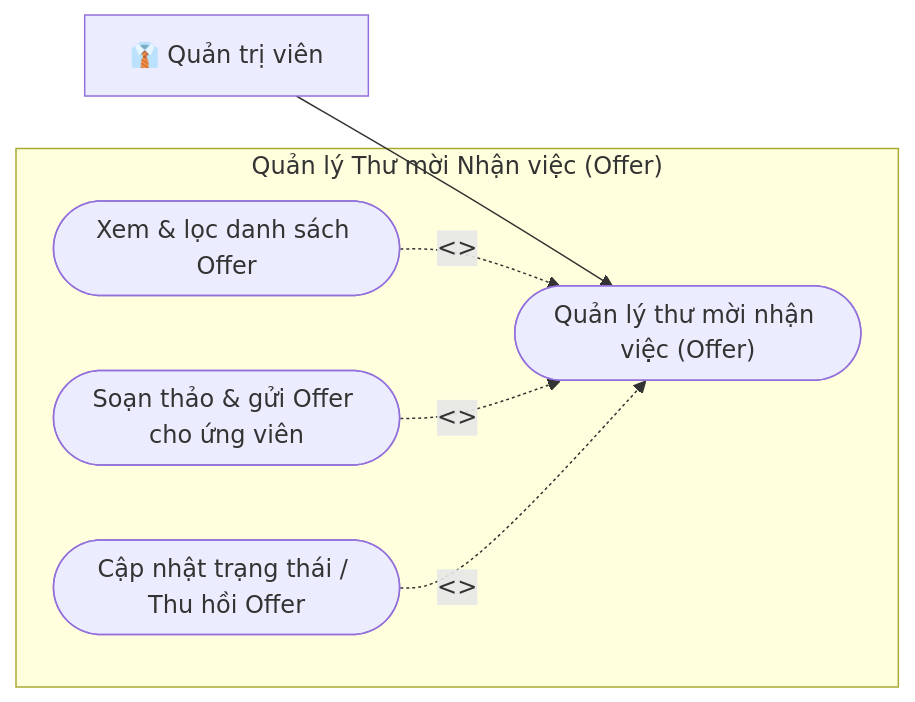
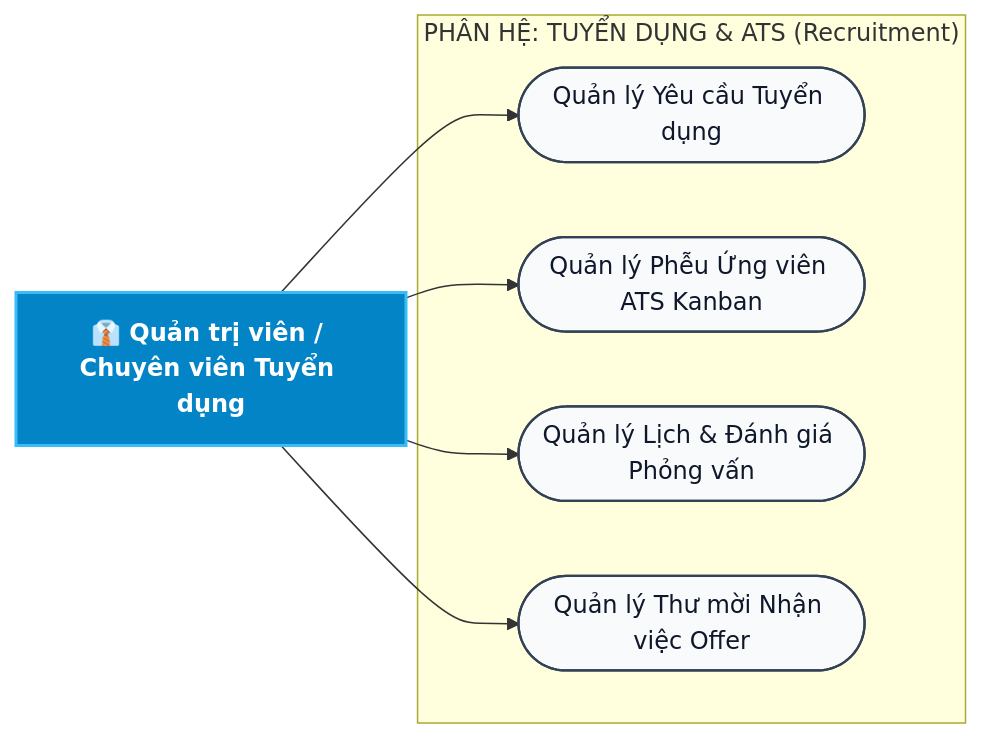
One commit to aye2710/HRM-DATN changed the sixth of 37 diagrams in docs/Các biểu đồ/So_Do_Use_Case_Tong_Quat_HRM.md. Above: the diagram before and after it, drawn with Mermaid. The commit also changed other lines of this file and 275 other files, not shown here.

Commit message:
docs: add full UML & ERD documentation suite (Use Case, Sequence, Activity, ERD, Class Diagram) with embedded Word exports

````diff
--- a/docs/Các biểu đồ/So_Do_Use_Case_Tong_Quat_HRM.md
+++ b/docs/Các biểu đồ/So_Do_Use_Case_Tong_Quat_HRM.md
@@ -246,16 +389,21 @@
 ```mermaid
 flowchart LR
-    ADMIN["👔 Quản trị viên"]
+    ADMIN["👔 Quản trị viên / Chuyên viên Tuyển dụng"]
 
-    subgraph UC_OFFER_BOX ["Quản lý Thư mời Nhận việc (Offer)"]
-        UC_OFR(["Quản lý thư mời nhận việc (Offer)"])
-        UC_OFR_1(["Xem & lọc danh sách Offer"])
-        UC_OFR_2(["Soạn thảo & gửi Offer cho ứng viên"])
-        UC_OFR_3(["Cập nhật trạng thái / Thu hồi Offer"])
+    subgraph MOD_REC ["PHÂN HỆ: TUYỂN DỤNG & ATS (Recruitment)"]
+        UC_SUB_REQ(["Quản lý Yêu cầu Tuyển dụng"])
+        UC_SUB_ATS(["Quản lý Phễu Ứng viên ATS Kanban"])
+        UC_SUB_INT(["Quản lý Lịch & Đánh giá Phỏng vấn"])
+        UC_SUB_OFF(["Quản lý Thư mời Nhận việc Offer"])
     end
 
-    ADMIN --> UC_OFR
-    UC_OFR_1 -.->|<<include>>| UC_OFR
-    UC_OFR_2 -.->|<<extend>>| UC_OFR
-    UC_OFR_3 -.->|<<extend>>| UC_OFR
+    ADMIN --> UC_SUB_REQ
+    ADMIN --> UC_SUB_ATS
+    ADMIN --> UC_SUB_INT
+    ADMIN --> UC_SUB_OFF
+
+    classDef actor fill:#0284c7,stroke:#38bdf8,stroke-width:2px,color:#ffffff,font-weight:bold;
+    classDef uc fill:#f8fafc,stroke:#334155,stroke-width:1.5px,color:#0f172a;
+    class ADMIN actor;
+    class UC_SUB_REQ,UC_SUB_ATS,UC_SUB_INT,UC_SUB_OFF uc;
 ```
````
